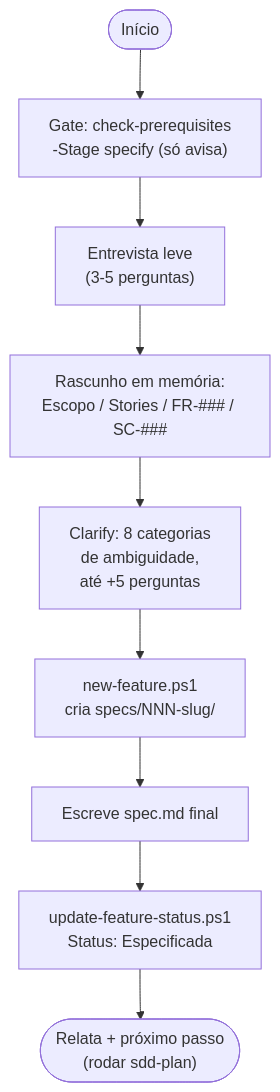
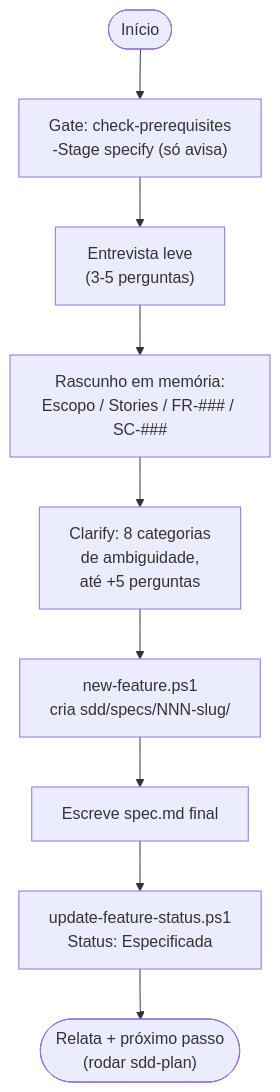
One commit to johnosd/NeoReader changed the fourth of 8 diagrams in .planning/README.md. Above: the diagram before and after it, drawn with Mermaid. The commit also changed other lines of this file and 29 other files, not shown here.

First line of the commit message:
refactor: consolida specs/, bugs/, adr/ e assessments/ em sdd/

````diff
--- a/.planning/README.md
+++ b/.planning/README.md
@@ -139,11 +203,11 @@
 ```mermaid
 flowchart TD
     A([Início]) --> B["Gate: check-prerequisites\n-Stage specify (só avisa)"]
     B --> C["Entrevista leve\n(3-5 perguntas)"]
     C --> D["Rascunho em memória:\nEscopo / Stories / FR-### / SC-###"]
     D --> E["Clarify: 8 categorias\nde ambiguidade,\naté +5 perguntas"]
-    E --> F["new-feature.ps1\ncria specs/NNN-slug/"]
+    E --> F["new-feature.ps1\ncria sdd/specs/NNN-slug/"]
     F --> G["Escreve spec.md final"]
     G --> H["update-feature-status.ps1\nStatus: Especificada"]
     H --> I(["Relata + próximo passo\n(rodar sdd-plan)"])
 ```
````
